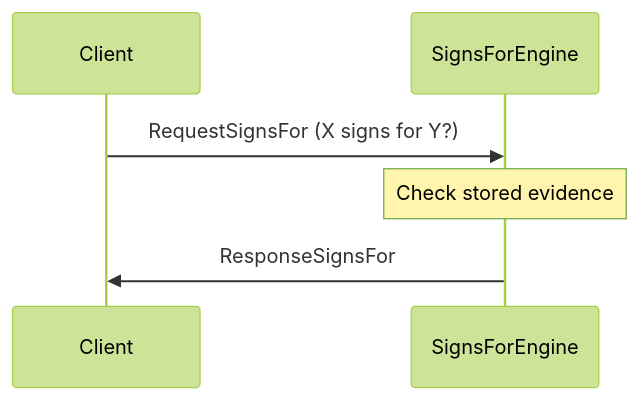
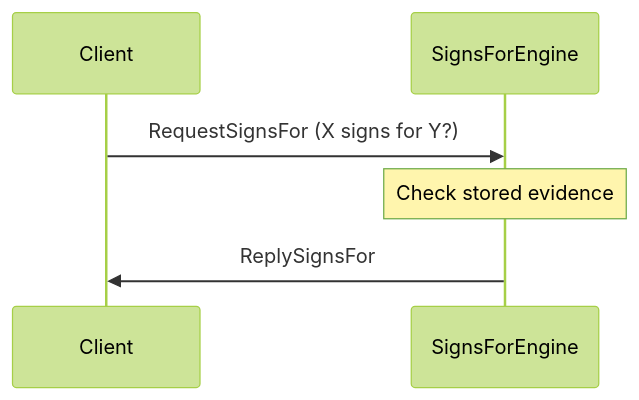
Before and after one commit to anoma/nspec: the second of 3 diagrams in docs/arch/node/engines/signs_for_messages.juvix.md, drawn with Mermaid (forest theme). The commit also changed other lines of this file and 37 other files, not shown here.

Commit message:
Renamed all instances of "Response" to "Reply" in message interfaces for consistency across commitment, decryption, identity management, and other engines.

````diff
--- a/docs/arch/node/engines/signs_for_messages.juvix.md
+++ b/docs/arch/node/engines/signs_for_messages.juvix.md
@@ -58,9 +58,9 @@
 ```mermaid
 sequenceDiagram
     participant Client
     participant SignsForEngine
 
     Client->>SignsForEngine: RequestSignsFor (X signs for Y?)
     Note over SignsForEngine: Check stored evidence
-    SignsForEngine->>Client: ResponseSignsFor
+    SignsForEngine->>Client: ReplySignsFor
 ```
````
